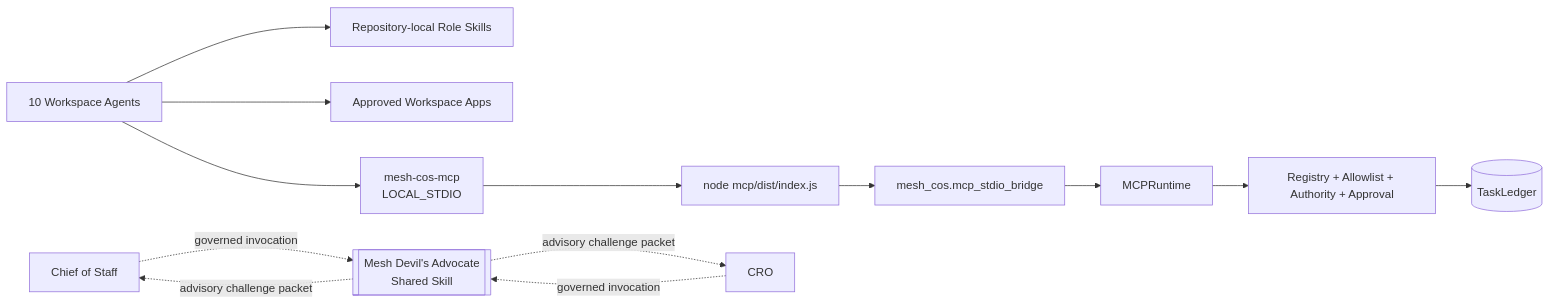
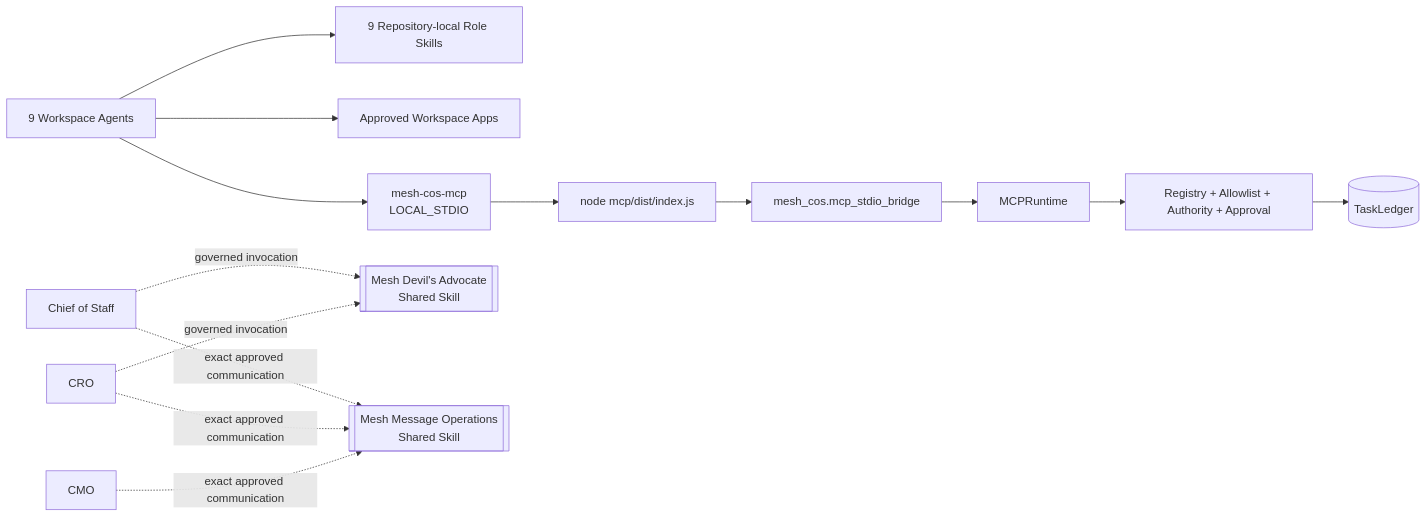
Before and after one commit to mkleinbe/mesh-ai-agent-cos-universe: the diagram in chatgpt/README.md, drawn with Mermaid. The commit also changed other lines of this file, not shown here.

````diff
--- a/chatgpt/README.md
+++ b/chatgpt/README.md
@@ -18,15 +18,16 @@
 ```mermaid
 flowchart LR
-    WA[10 Workspace Agents] --> SK[Repository-local Role Skills]
+    WA[9 Workspace Agents] --> SK[9 Repository-local Role Skills]
     WA --> APPS[Approved Workspace Apps]
     WA --> MCP[mesh-cos-mcp\nLOCAL_STDIO]
     COS[Chief of Staff] -. governed invocation .-> DA[[Mesh Devil's Advocate\nShared Skill]]
     CRO[CRO] -. governed invocation .-> DA
-    DA -. advisory challenge packet .-> COS
-    DA -. advisory challenge packet .-> CRO
+    COS -. exact approved communication .-> MSG[[Mesh Message Operations\nShared Skill]]
+    CRO -. exact approved communication .-> MSG
+    CMO[CMO] -. exact approved communication .-> MSG
     MCP --> NODE[node mcp/dist/index.js]
     NODE --> BRIDGE[mesh_cos.mcp_stdio_bridge]
     BRIDGE --> RT[MCPRuntime]
     RT --> AUTH[Registry + Allowlist + Authority + Approval]
     AUTH --> TL[(TaskLedger)]
 ```
````
